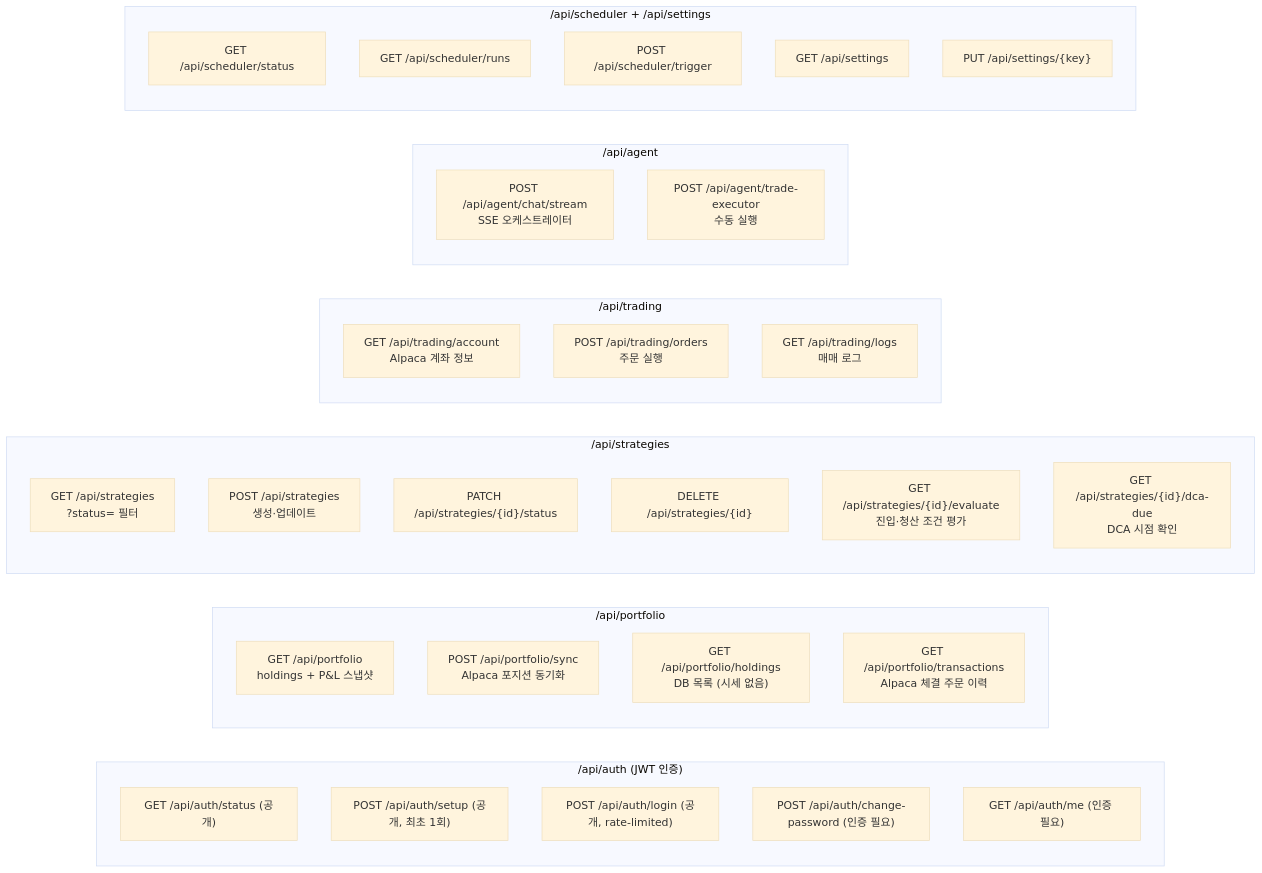
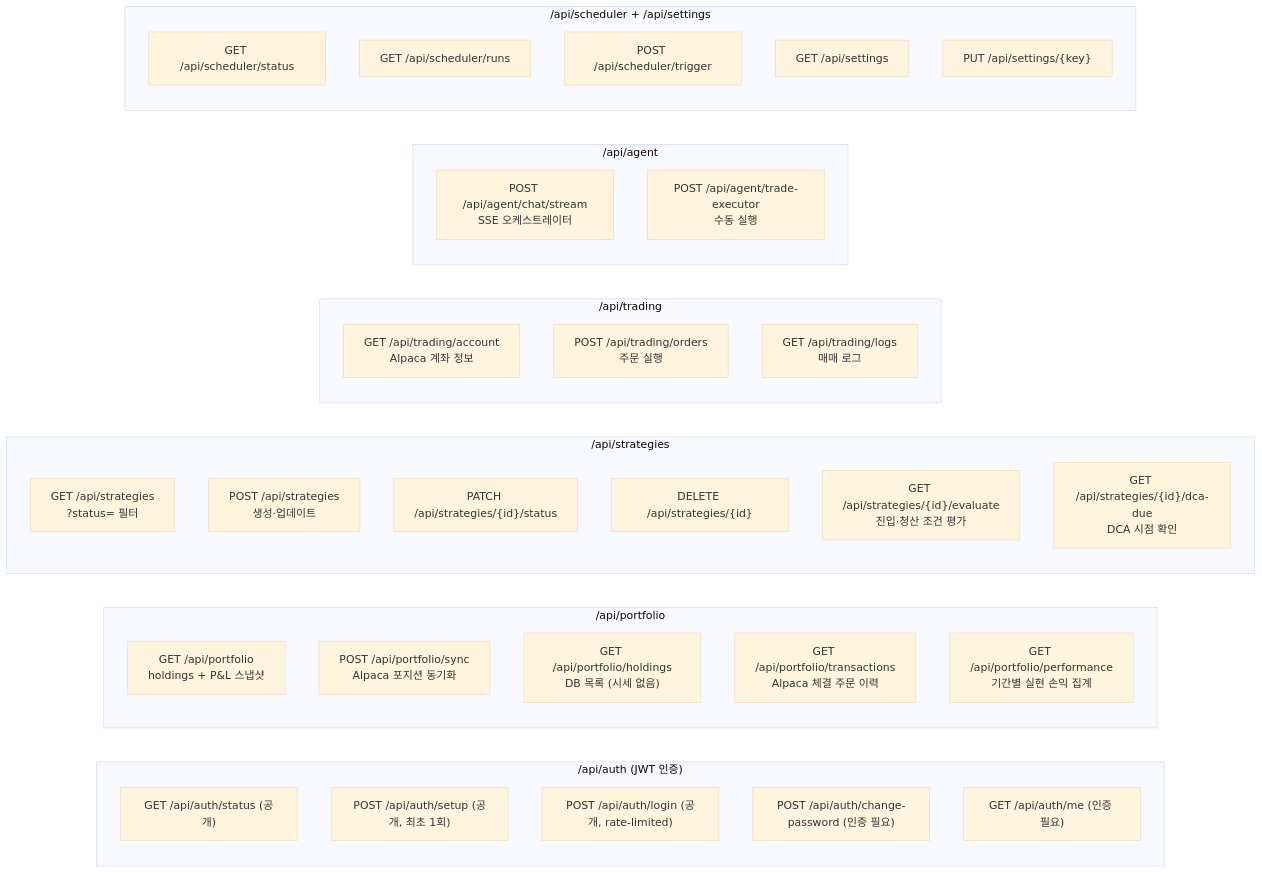
The fourth of 5 diagrams in .claude/docs/architecture-ddd.md (yogurt-c/auto-trading), drawn with Mermaid (base theme) before and after one commit. The commit also changed 31 other files, not shown here.

````diff
--- a/.claude/docs/architecture-ddd.md
+++ b/.claude/docs/architecture-ddd.md
@@ -162,45 +162,46 @@
 ```mermaid
 graph LR
     subgraph auth["/api/auth (JWT 인증)"]
         AU1["GET /api/auth/status (공개)"]
         AU2["POST /api/auth/setup (공개, 최초 1회)"]
         AU3["POST /api/auth/login (공개, rate-limited)"]
         AU4["POST /api/auth/change-password (인증 필요)"]
         AU5["GET /api/auth/me (인증 필요)"]
     end
 
     subgraph portfolio["/api/portfolio"]
         P1["GET /api/portfolio<br/>holdings + P&L 스냅샷"]
         P2["POST /api/portfolio/sync<br/>Alpaca 포지션 동기화"]
         P3["GET /api/portfolio/holdings<br/>DB 목록 (시세 없음)"]
         P4["GET /api/portfolio/transactions<br/>Alpaca 체결 주문 이력"]
+        P5["GET /api/portfolio/performance<br/>기간별 실현 손익 집계"]
     end
 
     subgraph strategies["/api/strategies"]
         S1["GET /api/strategies<br/>?status= 필터"]
         S2["POST /api/strategies<br/>생성·업데이트"]
         S3["PATCH /api/strategies/{id}/status"]
         S4["DELETE /api/strategies/{id}"]
         S5["GET /api/strategies/{id}/evaluate<br/>진입·청산 조건 평가"]
         S6["GET /api/strategies/{id}/dca-due<br/>DCA 시점 확인"]
     end
 
     subgraph trading["/api/trading"]
         T1["GET /api/trading/account<br/>Alpaca 계좌 정보"]
         T2["POST /api/trading/orders<br/>주문 실행"]
         T3["GET /api/trading/logs<br/>매매 로그"]
     end
 
     subgraph agent["/api/agent"]
         A1["POST /api/agent/chat/stream<br/>SSE 오케스트레이터"]
         A2["POST /api/agent/trade-executor<br/>수동 실행"]
     end
 
     subgraph sched["/api/scheduler + /api/settings"]
         SC1["GET /api/scheduler/status"]
         SC2["GET /api/scheduler/runs"]
         SC3["POST /api/scheduler/trigger"]
         SC4["GET /api/settings"]
         SC5["PUT /api/settings/{key}"]
     end
 ```
````
